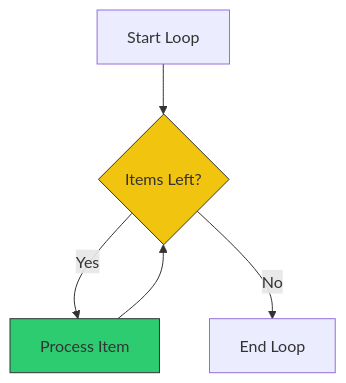
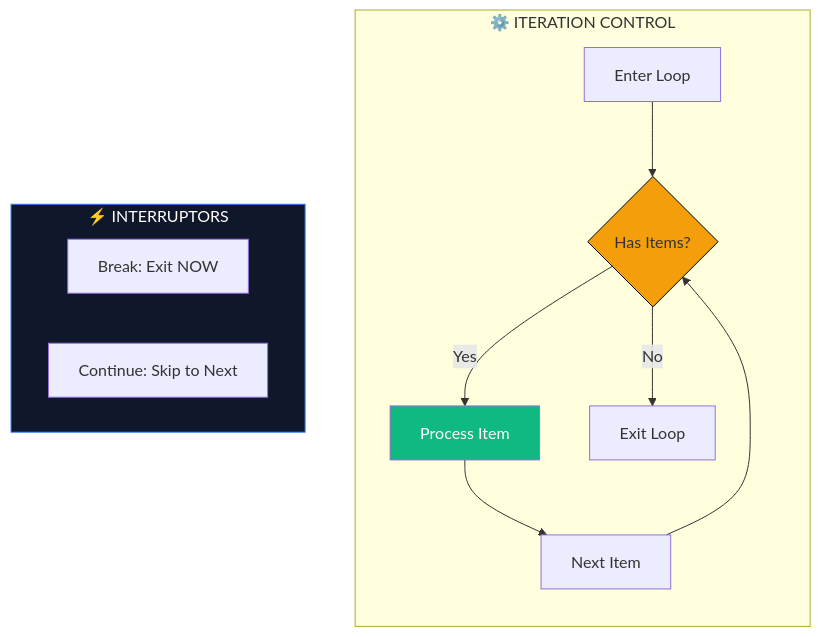
One commit to Ganil151/Devops changed the diagram in 1-Beginner/02-Phase-2/02-Automation/01-Shell-Scripting/16-For-Loops/README.md. Above: the diagram before and after it, drawn with Mermaid. The commit also changed other lines of this file and 17 other files, not shown here.

````diff
--- a/1-Beginner/02-Phase-2/02-Automation/01-Shell-Scripting/16-For-Loops/README.md
+++ b/1-Beginner/02-Phase-2/02-Automation/01-Shell-Scripting/16-For-Loops/README.md
@@ -23,10 +5,21 @@
 ```mermaid
 graph TD
-    Start[Start Loop] --> Check{Items Left?}
-    Check -- Yes --> Process[Process Item]
-    Process --> Check
-    Check -- No --> End[End Loop]
+    subgraph Loop_Mechanics ["⚙️ ITERATION CONTROL"]
+        direction TB
+        Start[Enter Loop] --> Cond{Has Items?}
+        Cond -->|Yes| Logic[Process Item]
+        Logic --> Next[Next Item]
+        Next --> Cond
+        Cond -->|No| End[Exit Loop]
+    end
+
+    subgraph Flow_Interrupts ["⚡ INTERRUPTORS"]
+        direction LR
+        B[Break: Exit NOW]
+        C[Continue: Skip to Next]
+    end
     
-    style Process fill:#2ecc71,stroke:#333
-    style Check fill:#f1c40f,stroke:#333
+    style Cond fill:#f59e0b,stroke:#000
+    style Logic fill:#10b981,color:#fff
+    style Flow_Interrupts fill:#0f172a,stroke:#3b82f6,color:#fff
 ```
````
